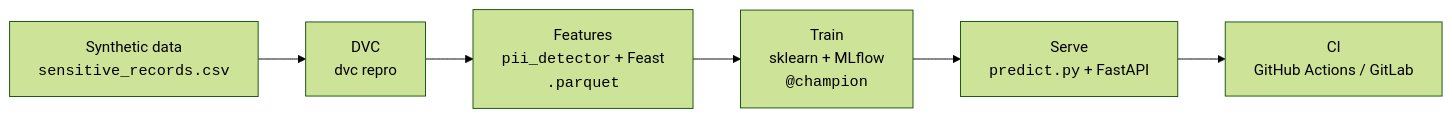
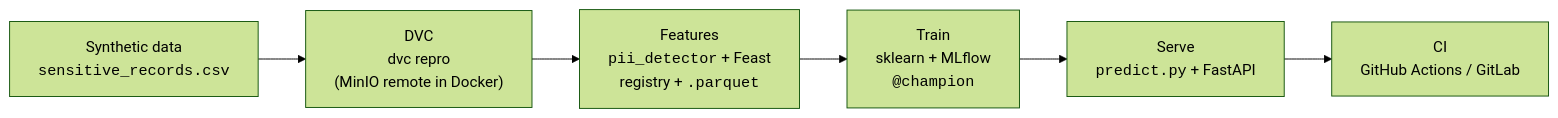
One commit to devopsdymyr/sensitive-mlops-pipeline changed the diagram in docs/pipeline_overview.mmd. Above: the diagram before and after it, drawn with Mermaid (forest theme). The commit also changed 21 other files, not shown here.

First line of the commit message:
Add Docker stack (MLflow, MinIO, Feast UI, DVC), public host binding, and GitHub Actions remote endpoints.

```diff
--- a/docs/pipeline_overview.mmd
+++ b/docs/pipeline_overview.mmd
@@ -1,8 +1,8 @@
 %% Mermaid source for README / diagram export. PNG: docs/mlproject_pipeline_overview.png
 
 flowchart LR
-  A["Synthetic data<br/><tt>sensitive_records.csv</tt>"] --> B["DVC<br/>dvc repro"]
-  B --> C["Features<br/><tt>pii_detector</tt> + Feast<br/><tt>.parquet</tt>"]
+  A["Synthetic data<br/><tt>sensitive_records.csv</tt>"] --> B["DVC<br/>dvc repro<br/>(MinIO remote in Docker)"]
+  B --> C["Features<br/><tt>pii_detector</tt> + Feast<br/>registry + <tt>.parquet</tt>"]
   C --> D["Train<br/>sklearn + MLflow<br/><tt>@champion</tt>"]
   D --> E["Serve<br/><tt>predict.py</tt> + FastAPI"]
   E --> F["CI<br/>GitHub Actions / GitLab"]
```
